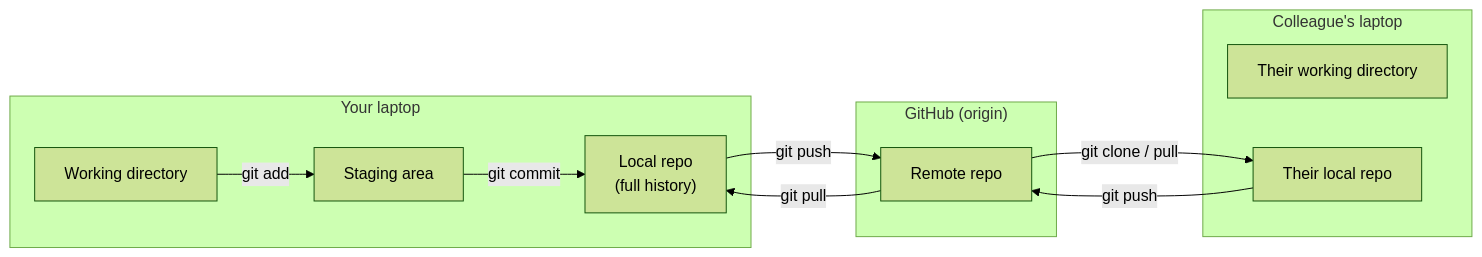
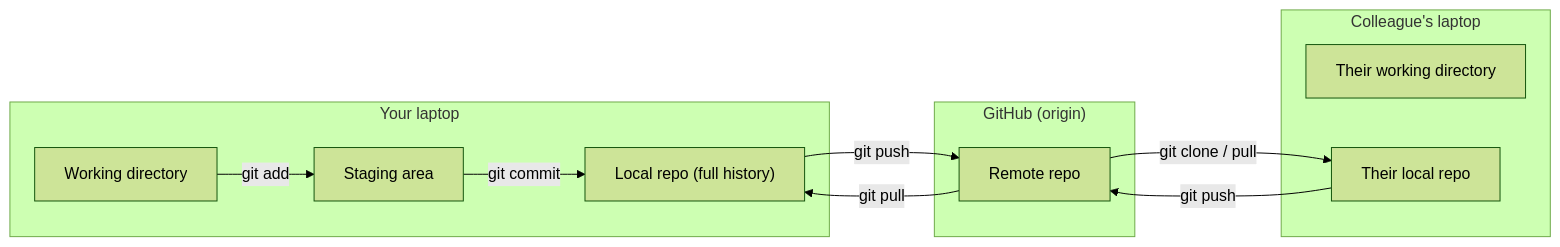
One commit to Ch3w3y/docker_gcp changed the fifth of 6 diagrams in docs/git-fundamentals.md. Above: the diagram before and after it, drawn with Mermaid (forest theme). The commit also changed other lines of this file and 10 other files, not shown here.

First line of the commit message:
Fix mermaid diagram rendering: replace literal \n with spaces

````diff
--- a/docs/git-fundamentals.md
+++ b/docs/git-fundamentals.md
@@ -245,24 +245,24 @@
 ```mermaid
 flowchart LR
     subgraph Laptop["Your laptop"]
         WD["Working directory"]
         SA["Staging area"]
-        LR["Local repo\n(full history)"]
+        LR["Local repo (full history)"]
     end
 
     subgraph GH["GitHub (origin)"]
         RR["Remote repo"]
     end
 
     subgraph Colleague["Colleague's laptop"]
         CWD["Their working directory"]
         CLR["Their local repo"]
     end
 
     WD -->|"git add"| SA
     SA -->|"git commit"| LR
     LR -->|"git push"| RR
     RR -->|"git clone / pull"| CLR
     CLR -->|"git push"| RR
     RR -->|"git pull"| LR
 ```
````
